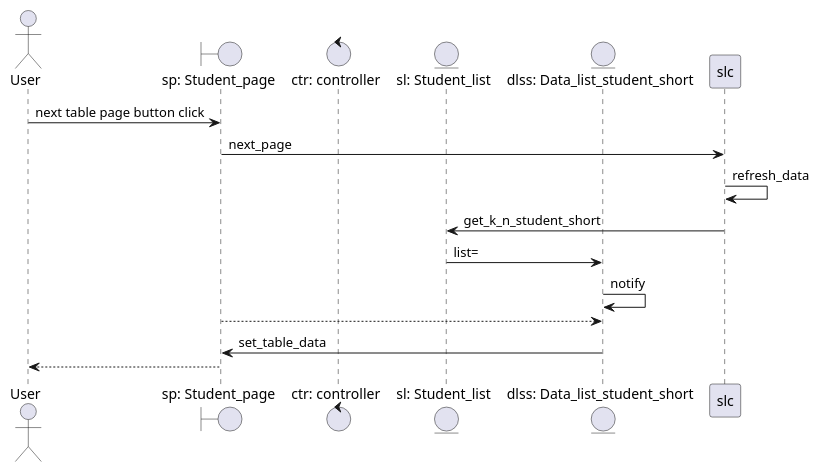
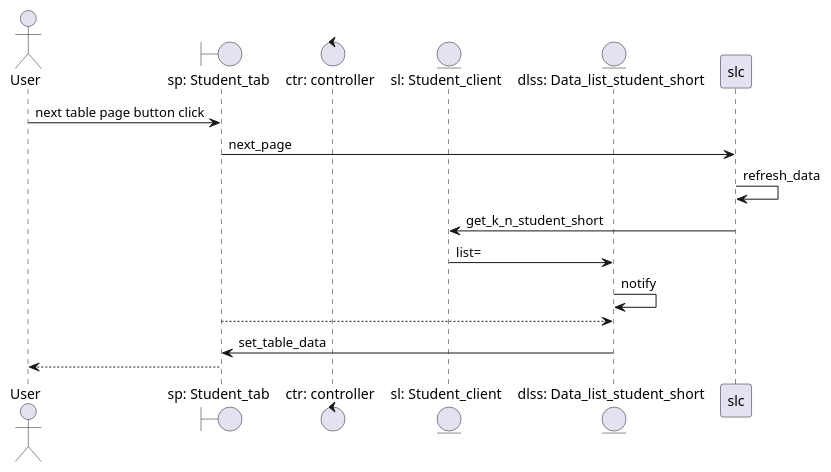
One commit to ColdEiler/pattern changed the diagram in lab2/diagrams/change_page_diagram_sequence.puml. Above: the diagram before and after it, drawn with PlantUML. The commit also changed 6 other files, not shown here.

Commit message:
изменения в диаграммах

```diff
--- a/lab2/diagrams/change_page_diagram_sequence.puml
+++ b/lab2/diagrams/change_page_diagram_sequence.puml
@@ -1,20 +1,20 @@
 @startuml
 'https://plantuml.com/sequence-diagram
 
 actor       User                                as user
-boundary    "sp: Student_page"                  as sp
+boundary    "sp: Student_tab"                   as sp
 control     "ctr: controller"                   as ctr
-entity      "sl: Student_list"                  as sl
+entity      "sl: Student_client"                  as sl
 entity      "dlss: Data_list_student_short"     as dlss
 
 user -> sp : next table page button click
 sp -> slc : next_page
 slc -> slc : refresh_data
 slc -> sl : get_k_n_student_short
 sl -> dlss : list=
 dlss -> dlss : notify
 sp --> dlss
 sp <- dlss : set_table_data
 user <-- sp
 
 @enduml
```
